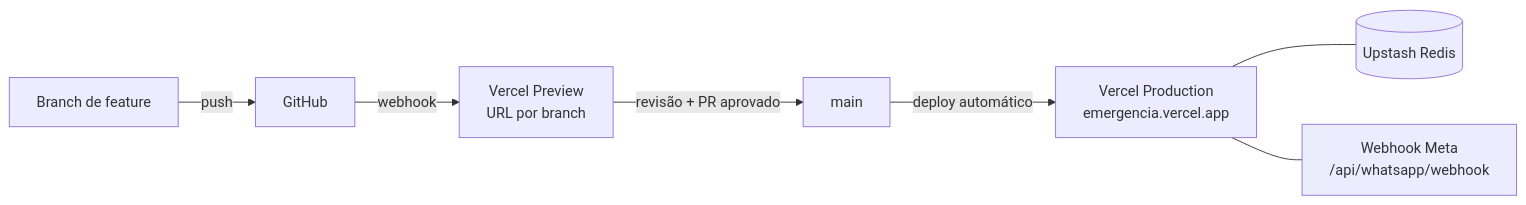
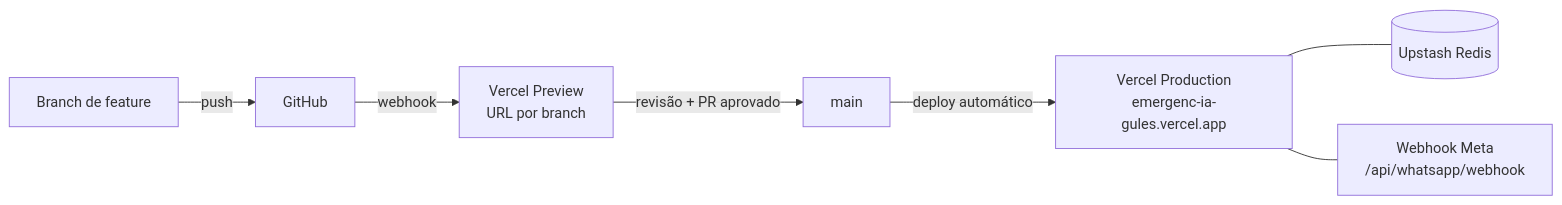
One commit to pedroparosc/emergencIA changed the fifth of 5 diagrams in development_plan.md. Above: the diagram before and after it, drawn with Mermaid. The commit also changed other lines of this file, not shown here.

First line of the commit message:
docs: registra deploy na Vercel com Upstash Redis no plano

````diff
--- a/development_plan.md
+++ b/development_plan.md
@@ -389,9 +390,9 @@
 ```mermaid
 flowchart LR
     DEV["Branch de feature"] -- push --> GH["GitHub"]
     GH -- webhook --> VP["Vercel Preview<br/>URL por branch"]
     VP -- revisão + PR aprovado --> MAIN["main"]
-    MAIN -- deploy automático --> PROD["Vercel Production<br/>emergencia.vercel.app"]
+    MAIN -- deploy automático --> PROD["Vercel Production<br/>emergenc-ia-gules.vercel.app"]
     PROD --- KV[("Upstash Redis")]
     PROD --- META["Webhook Meta<br/>/api/whatsapp/webhook"]
 ```
````
